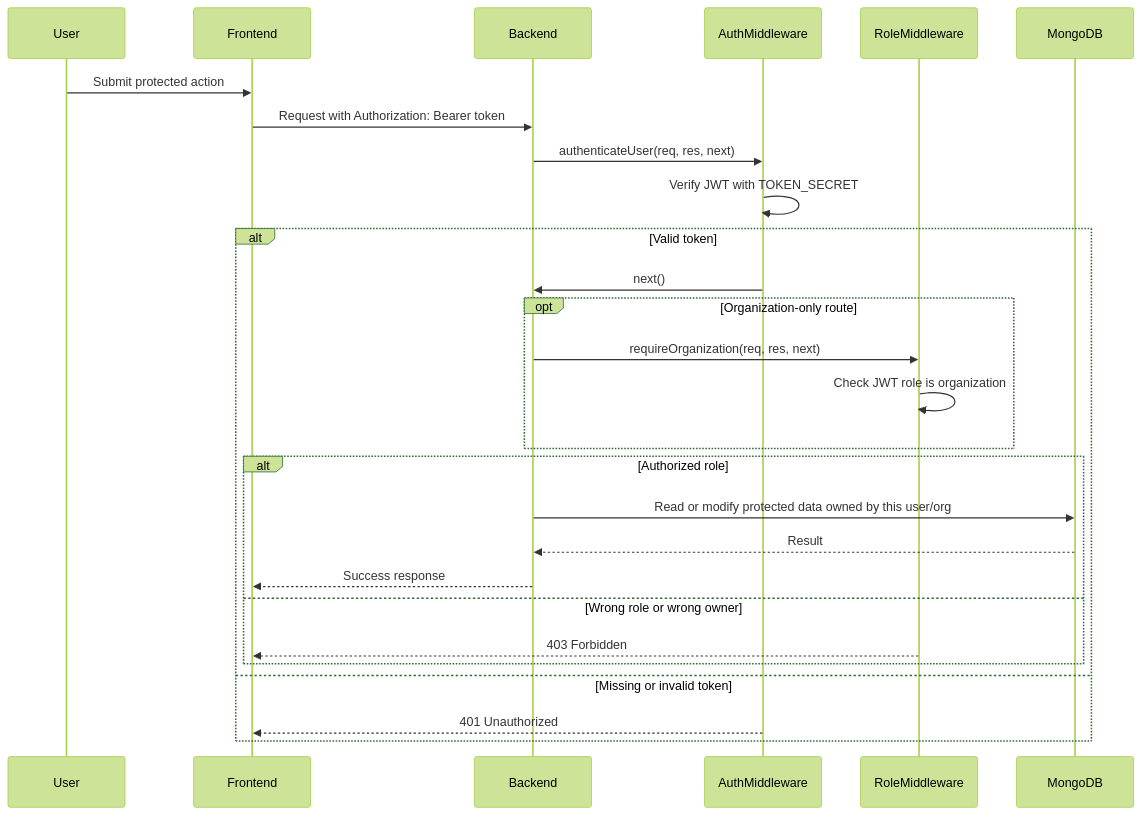
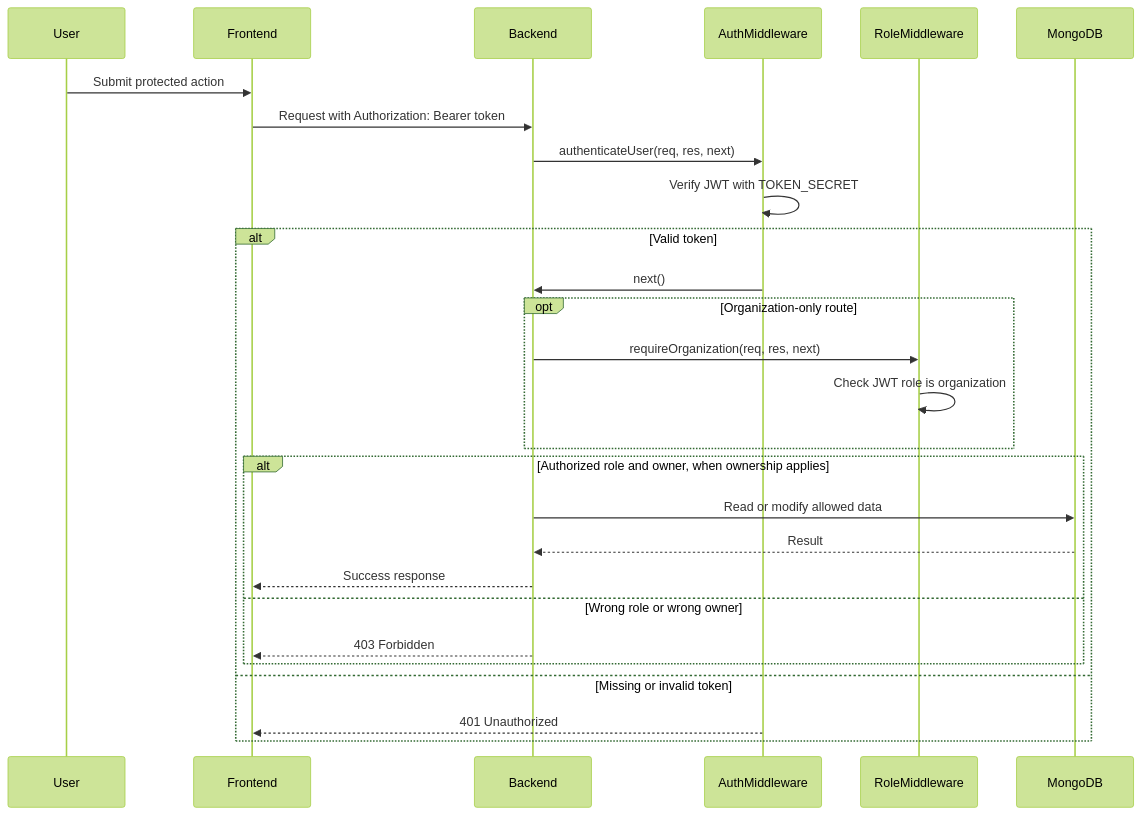
The third of 3 diagrams in README.md (jaydonkc/gitgoblins_project), drawn with Mermaid (forest theme) before and after one commit. The commit also changed other lines of this file and 8 other files, not shown here.

````diff
--- a/README.md
+++ b/README.md
@@ -105,31 +179,31 @@
 ```mermaid
 sequenceDiagram
   participant User
   participant Frontend
   participant Backend
   participant AuthMiddleware
   participant RoleMiddleware
   participant MongoDB
 
   User->>Frontend: Submit protected action
   Frontend->>Backend: Request with Authorization: Bearer token
   Backend->>AuthMiddleware: authenticateUser(req, res, next)
   AuthMiddleware->>AuthMiddleware: Verify JWT with TOKEN_SECRET
 
   alt Valid token
     AuthMiddleware->>Backend: next()
     opt Organization-only route
       Backend->>RoleMiddleware: requireOrganization(req, res, next)
       RoleMiddleware->>RoleMiddleware: Check JWT role is organization
     end
-    alt Authorized role
-      Backend->>MongoDB: Read or modify protected data owned by this user/org
+    alt Authorized role and owner, when ownership applies
+      Backend->>MongoDB: Read or modify allowed data
       MongoDB-->>Backend: Result
       Backend-->>Frontend: Success response
     else Wrong role or wrong owner
-      RoleMiddleware-->>Frontend: 403 Forbidden
+      Backend-->>Frontend: 403 Forbidden
     end
   else Missing or invalid token
     AuthMiddleware-->>Frontend: 401 Unauthorized
   end
 ```
````
